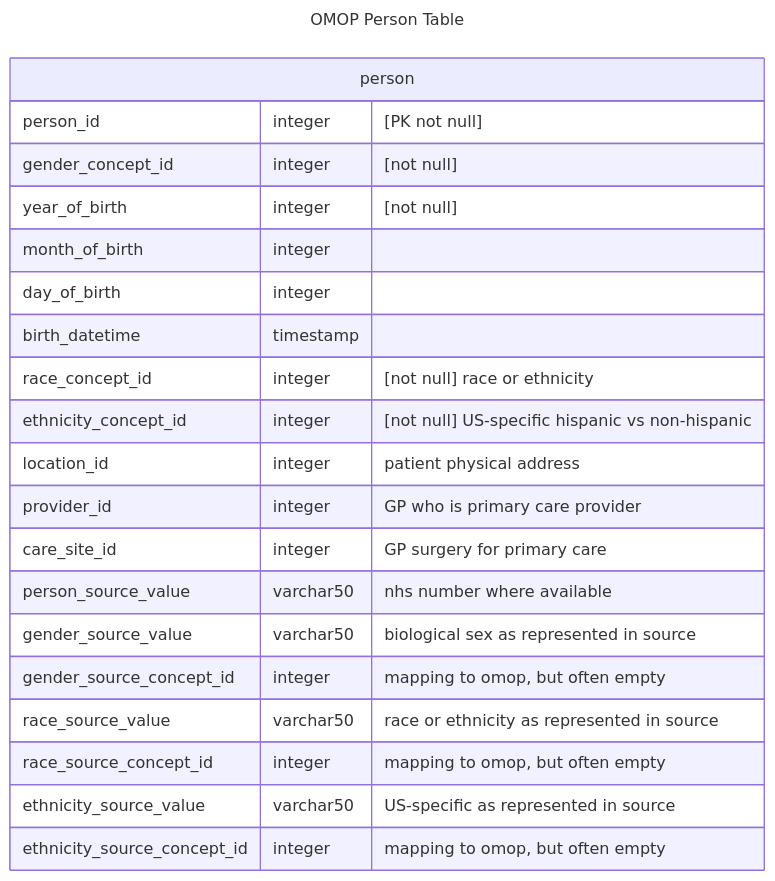
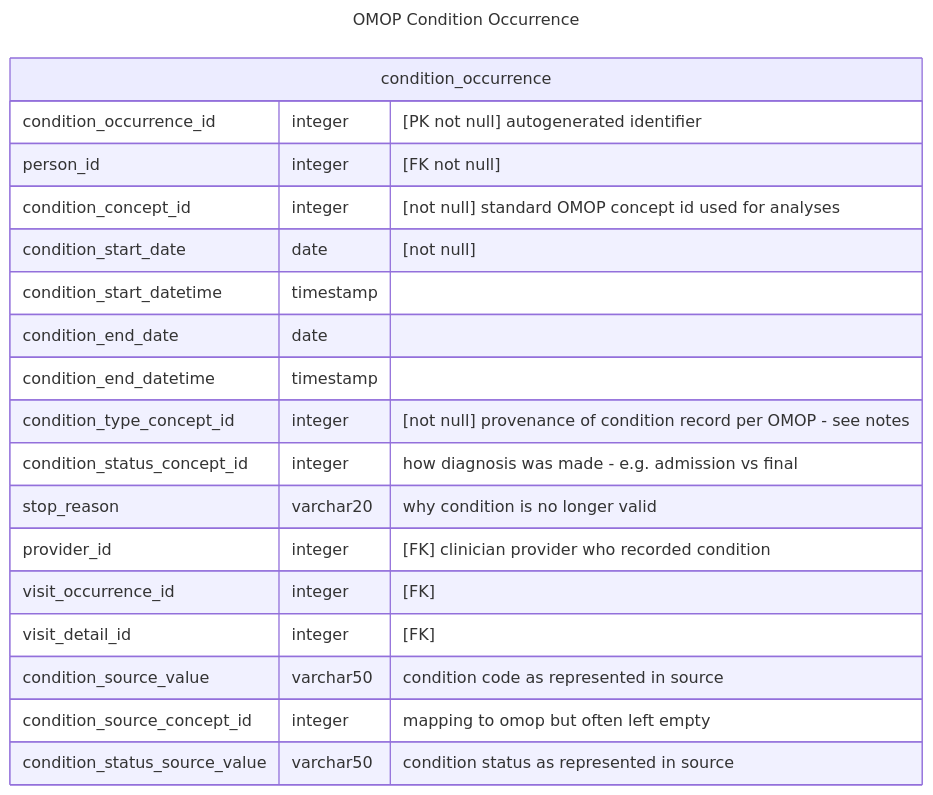
Before and after one commit to d3london/sde_aic_external_docs: the third of 3 diagrams in src/pages/data_model/cdm_condition_occurrence.qmd, drawn with Mermaid. The commit also changed other lines of this file and 1 other file, not shown here.

````diff
--- a/src/pages/data_model/cdm_condition_occurrence.qmd
+++ b/src/pages/data_model/cdm_condition_occurrence.qmd
@@ -106,26 +117,24 @@
 ```{mermaid}
 ---
-title: OMOP Person Table
+title: OMOP Condition Occurrence
 ---
 erDiagram
-    person {
-        person_id integer "[PK not null]"
-        gender_concept_id integer "[not null]"
-        year_of_birth integer "[not null]"
-        month_of_birth integer
-        day_of_birth integer
-        birth_datetime timestamp
-        race_concept_id integer "[not null] race or ethnicity"
-        ethnicity_concept_id integer "[not null] US-specific hispanic vs non-hispanic"
-        location_id integer "patient physical address"
-        provider_id integer "GP who is primary care provider"
-        care_site_id integer "GP surgery for primary care"
-        person_source_value varchar50 "nhs number where available"
-        gender_source_value varchar50 "biological sex as represented in source"
-        gender_source_concept_id integer "mapping to omop, but often empty"
-        race_source_value varchar50 "race or ethnicity as represented in source"
-        race_source_concept_id integer "mapping to omop, but often empty"
-        ethnicity_source_value varchar50 "US-specific as represented in source"
-        ethnicity_source_concept_id integer "mapping to omop, but often empty"
+    condition_occurrence {
+        condition_occurrence_id integer "[PK not null] autogenerated identifier"
+        person_id integer "[FK not null]"
+        condition_concept_id integer "[not null] standard OMOP concept id used for analyses"
+        condition_start_date date "[not null]"
+        condition_start_datetime timestamp
+        condition_end_date date
+        condition_end_datetime timestamp
+        condition_type_concept_id integer "[not null] provenance of condition record per OMOP - see notes"
+        condition_status_concept_id integer "how diagnosis was made - e.g. admission vs final"
+        stop_reason varchar20 "why condition is no longer valid"
+        provider_id integer "[FK] clinician provider who recorded condition"
+        visit_occurrence_id integer "[FK]"
+        visit_detail_id integer "[FK]"
+        condition_source_value varchar50 "condition code as represented in source"
+        condition_source_concept_id integer "mapping to omop but often left empty"
+        condition_status_source_value varchar50 "condition status as represented in source"
     }
 ```
````
